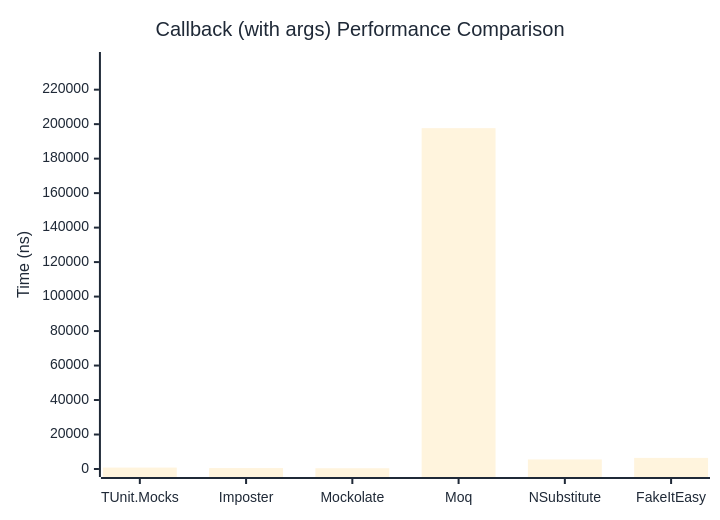
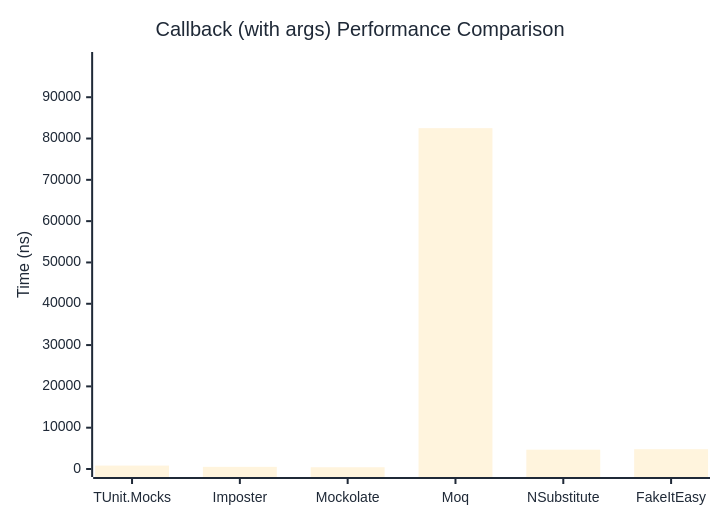
Before and after one commit to thomhurst/TUnit: the second of 2 diagrams in docs/docs/benchmarks/mocks/Callback.md, drawn with Mermaid. The commit also changed other lines of this file and 14 other files, not shown here.

````diff
--- a/docs/docs/benchmarks/mocks/Callback.md
+++ b/docs/docs/benchmarks/mocks/Callback.md
@@ -71,27 +71,27 @@
 ```mermaid
 %%{init: {
   'theme':'base',
   'themeVariables': {
     'primaryColor': '#2563eb',
     'primaryTextColor': '#1f2937',
     'primaryBorderColor': '#1e40af',
     'lineColor': '#6b7280',
     'secondaryColor': '#7c3aed',
     'tertiaryColor': '#dc2626',
     'background': '#ffffff',
     'pie1': '#2563eb',
     'pie2': '#7c3aed',
     'pie3': '#dc2626',
     'pie4': '#f59e0b',
     'pie5': '#10b981',
     'pie6': '#06b6d4',
     'pie7': '#ec4899',
     'pie8': '#6366f1'
   }
 }}%%
 xychart-beta
   title "Callback (with args) Performance Comparison"
   x-axis ["TUnit.Mocks", "Imposter", "Mockolate", "Moq", "NSubstitute", "FakeItEasy"]
-  y-axis "Time (ns)" 0 --> 237208
-  bar [824.3, 530.5, 438, 197672.8, 5535.6, 6436.8]
+  y-axis "Time (ns)" 0 --> 99009
+  bar [827, 523.2, 423.8, 82506.9, 4676.4, 4793.4]
 ```
````
